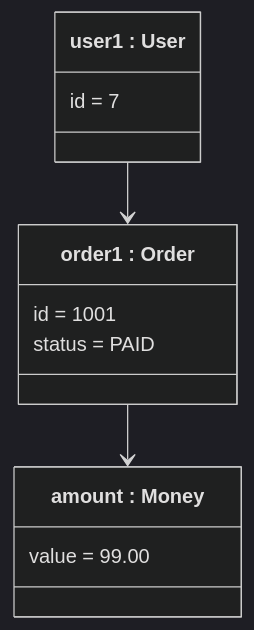
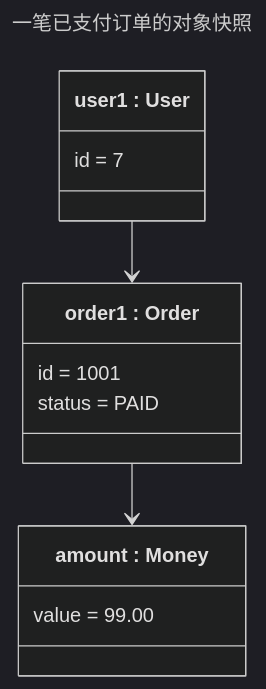
The fourth of 9 diagrams in references/types-modeling.md (huang-hee/diagram-kit), drawn with Mermaid (dark theme) before and after one commit. The commit also changed other lines of this file and 248 other files, not shown here.

First line of the commit message:
feat: 示例按统一风格重做，补齐 42 张 drawio 整图示例，默认工具改为 drawio

````diff
--- a/references/types-modeling.md
+++ b/references/types-modeling.md
@@ -174,18 +180,21 @@
 ```mermaid
+---
+title: 一笔已支付订单的对象快照
+---
 classDiagram
   class order1["order1 : Order"] {
     id = 1001
     status = PAID
   }
   class user1["user1 : User"] {
     id = 7
   }
   class money["amount : Money"] {
     value = 99.00
   }
   user1 --> order1
   order1 --> money
   class order1:::focus
   class user1:::obj
   class money:::value
 ```
````
